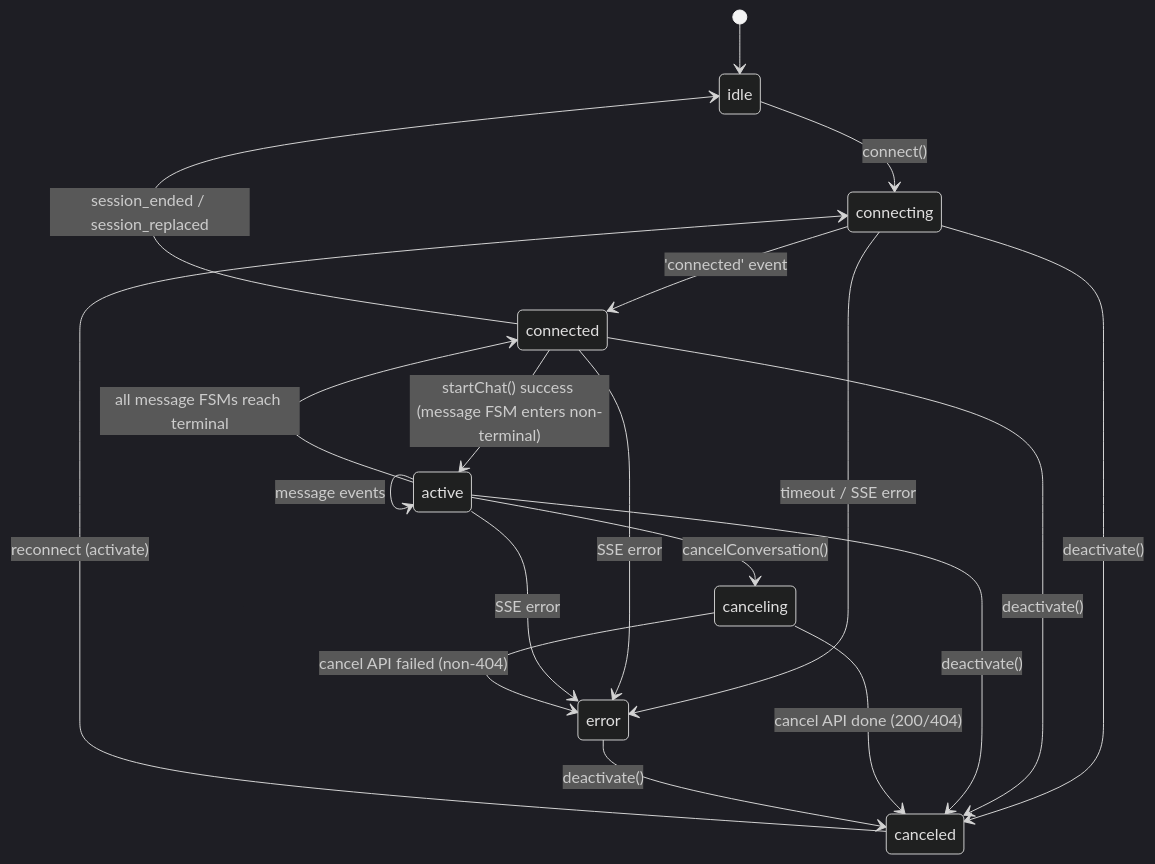
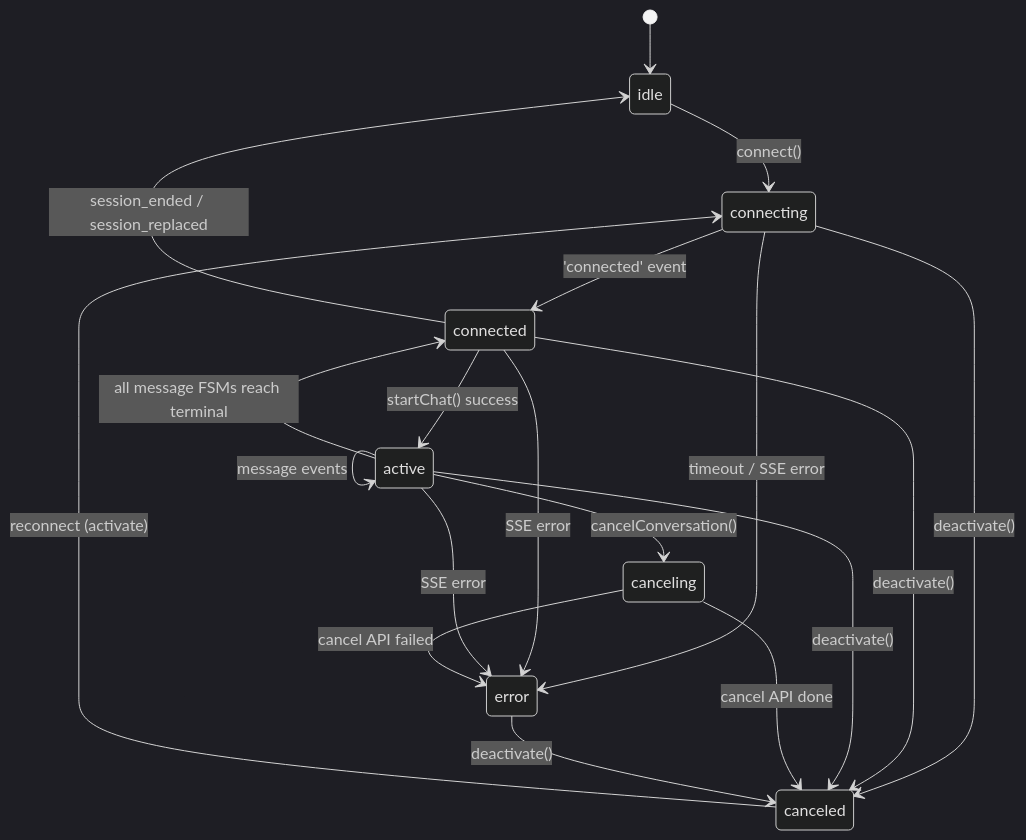
One commit to EverSeenTOTOTO/langvis changed the first of 2 diagrams in docs/chat-frontend.md. Above: the diagram before and after it, drawn with Mermaid (dark theme). The commit also changed other lines of this file and 51 other files, not shown here.

````diff
--- a/docs/chat-frontend.md
+++ b/docs/chat-frontend.md
@@ -50,27 +99,27 @@
 ```mermaid
 stateDiagram-v2
     [*] --> idle
 
     idle --> connecting: connect()
     connecting --> connected: 'connected' event
     connecting --> error: timeout / SSE error
     connecting --> canceled: deactivate()
 
-    connected --> active: startChat() success (message FSM enters non-terminal)
+    connected --> active: startChat() success
     connected --> idle: session_ended / session_replaced
     connected --> error: SSE error
     connected --> canceled: deactivate()
 
     active --> active: message events
     active --> canceling: cancelConversation()
     active --> connected: all message FSMs reach terminal
     active --> error: SSE error
     active --> canceled: deactivate()
 
-    canceling --> canceled: cancel API done (200/404)
-    canceling --> error: cancel API failed (non-404)
+    canceling --> canceled: cancel API done
+    canceling --> error: cancel API failed
 
     error --> canceled: deactivate()
 
     canceled --> connecting: reconnect (activate)
 ```
````
